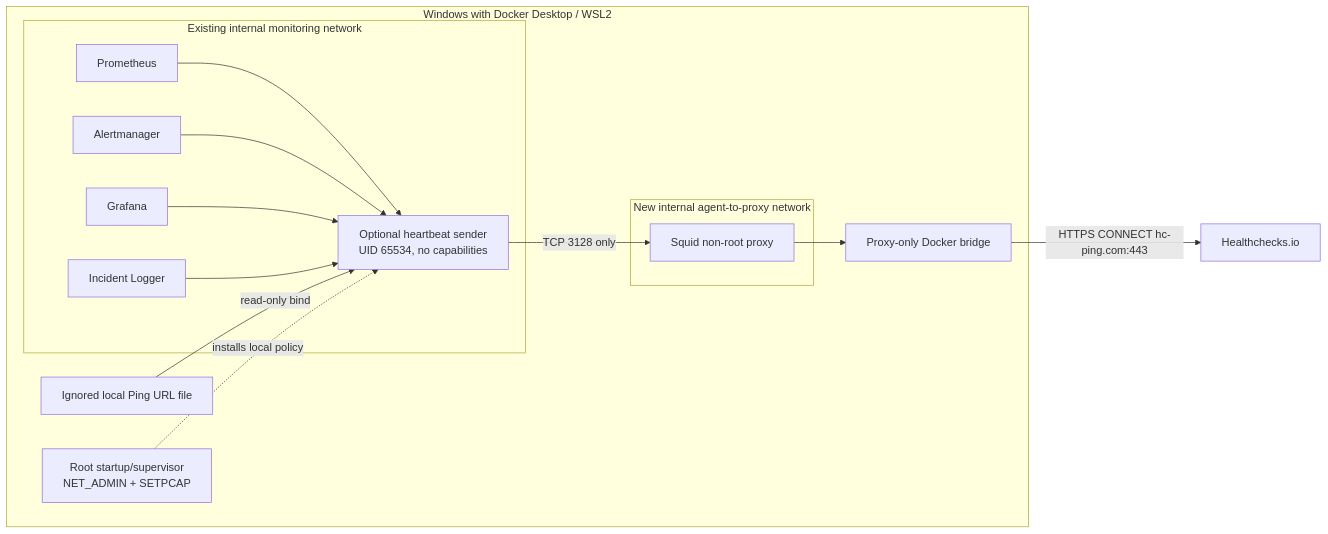
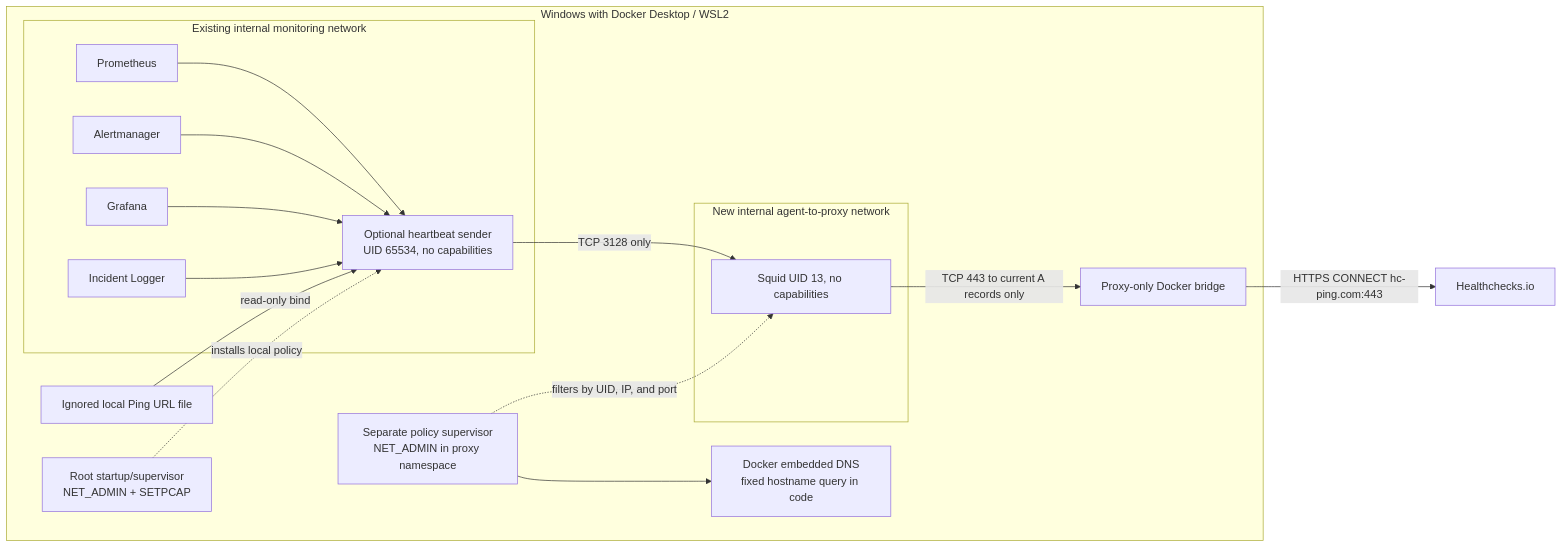
The diagram in docs/external-heartbeat.md (charrixxz23/it-infrastructure-monitoring-center), drawn with Mermaid before and after one commit. The commit also changed other lines of this file and 13 other files, not shown here.

Commit message:
feat(security): constrain heartbeat proxy namespace egress

````diff
--- a/docs/external-heartbeat.md
+++ b/docs/external-heartbeat.md
@@ -22,18 +22,20 @@
 ```mermaid
 flowchart LR
     subgraph Host[Windows with Docker Desktop / WSL2]
         subgraph Monitor[Existing internal monitoring network]
             Prometheus --> Agent
             Alertmanager --> Agent
             Grafana --> Agent
             IncidentLogger[Incident Logger] --> Agent
         end
         subgraph Private[New internal agent-to-proxy network]
-            Agent[Optional heartbeat sender\nUID 65534, no capabilities] -->|TCP 3128 only| Squid[Squid non-root proxy]
+            Agent[Optional heartbeat sender\nUID 65534, no capabilities] -->|TCP 3128 only| Squid[Squid UID 13, no capabilities]
         end
         Secret[Ignored local Ping URL file] -->|read-only bind| Agent
         Guard[Root startup/supervisor\nNET_ADMIN + SETPCAP] -. installs local policy .-> Agent
-        Squid --> Uplink[Proxy-only Docker bridge]
+        Policy[Separate policy supervisor\nNET_ADMIN in proxy namespace] -. filters by UID, IP, and port .-> Squid
+        Policy --> DNS[Docker embedded DNS\nfixed hostname query in code]
+        Squid -->|TCP 443 to current A records only| Uplink[Proxy-only Docker bridge]
     end
     Uplink -->|HTTPS CONNECT hc-ping.com:443| HC[Healthchecks.io]
 ```
````
